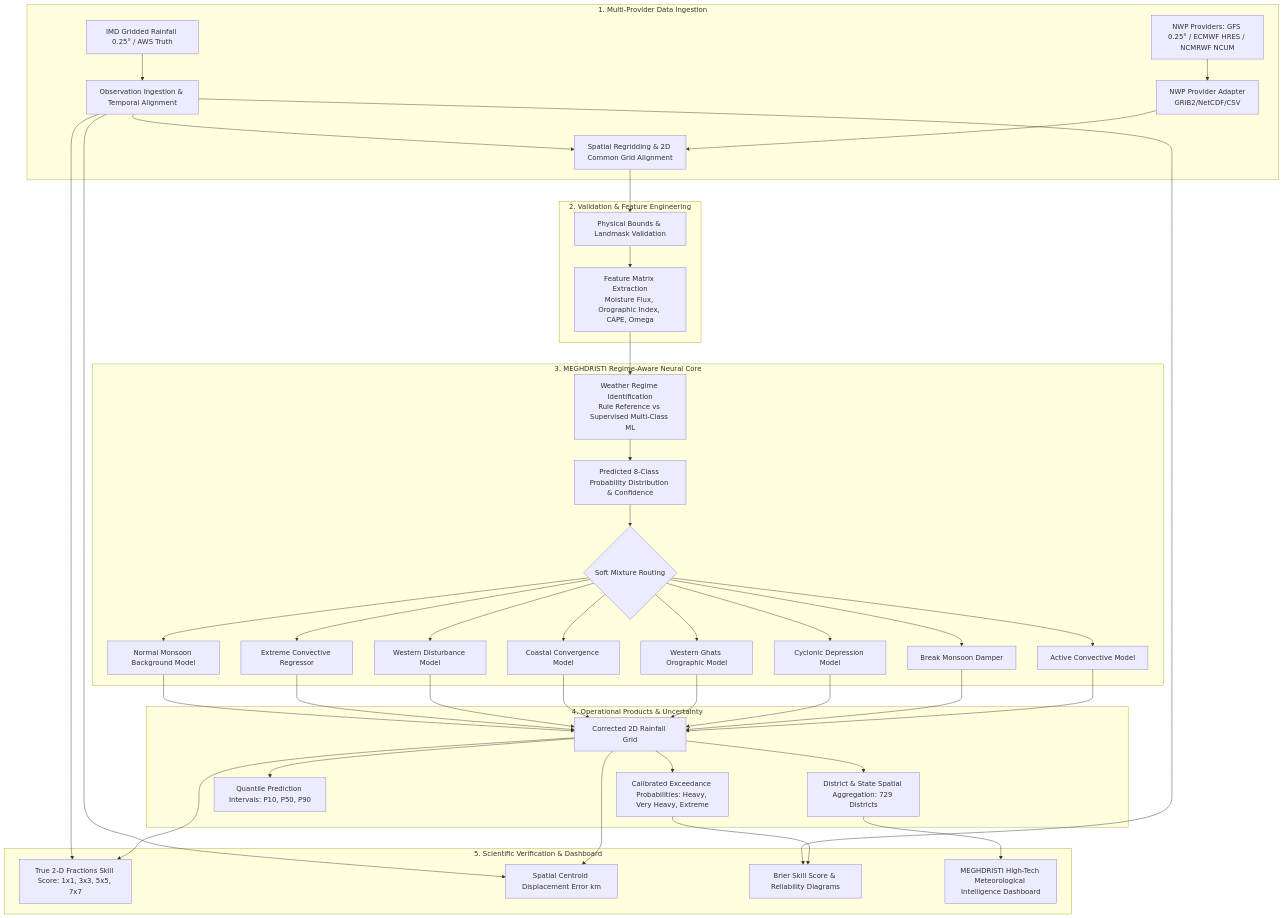
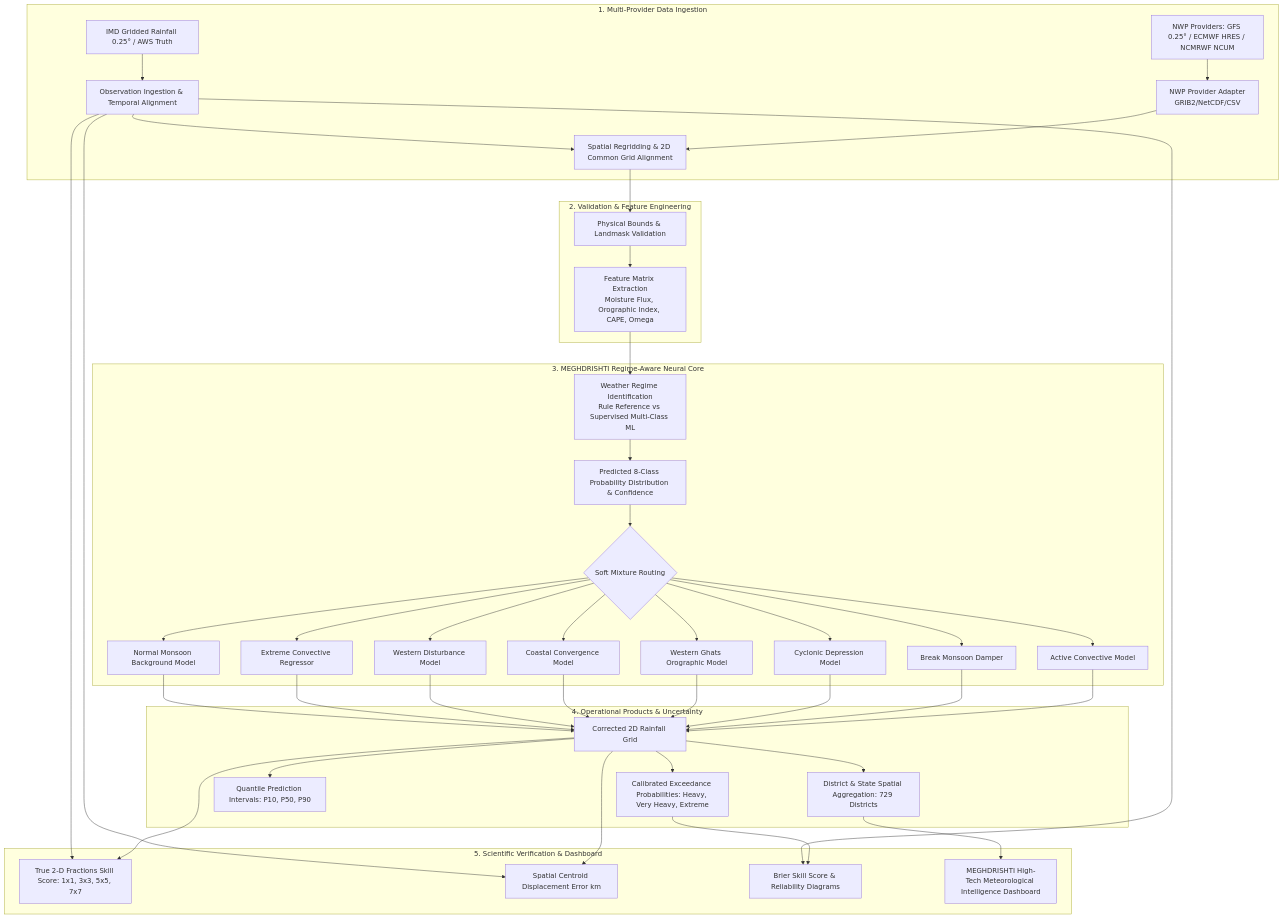
The diagram in README.md (codezavengers/monsoon-ai), drawn with Mermaid before and after one commit. The commit also changed other lines of this file and 17 other files, not shown here.

````diff
--- a/README.md
+++ b/README.md
@@ -33,41 +33,41 @@
 ```mermaid
 flowchart TD
     subgraph Data_Pipeline [1. Multi-Provider Data Ingestion]
         N1[NWP Providers: GFS 0.25° / ECMWF HRES / NCMRWF NCUM] --> A1[NWP Provider Adapter<br/>GRIB2/NetCDF/CSV]
         O1[IMD Gridded Rainfall 0.25° / AWS Truth] --> A2[Observation Ingestion & Temporal Alignment]
         A1 & A2 --> A3[Spatial Regridding & 2D Common Grid Alignment]
     end
 
     subgraph Preprocessing [2. Validation & Feature Engineering]
         A3 --> B1[Physical Bounds & Landmask Validation]
         B1 --> B2[Feature Matrix Extraction<br/>Moisture Flux, Orographic Index, CAPE, Omega]
     end
 
-    subgraph Regime_AI [3. MEGHDRISTI Regime-Aware Neural Core]
+    subgraph Regime_AI [3. MEGHDRISHTI Regime-Aware Neural Core]
         B2 --> C1[Weather Regime Identification<br/>Rule Reference vs Supervised Multi-Class ML]
         C1 --> C2[Predicted 8-Class Probability Distribution & Confidence]
         C2 --> D1{Soft Mixture Routing}
         D1 --> M1[Active Convective Model]
         D1 --> M2[Break Monsoon Damper]
         D1 --> M3[Cyclonic Depression Model]
         D1 --> M4[Western Ghats Orographic Model]
         D1 --> M5[Coastal Convergence Model]
         D1 --> M6[Western Disturbance Model]
         D1 --> M7[Extreme Convective Regressor]
         D1 --> M8[Normal Monsoon Background Model]
     end
 
     subgraph Products [4. Operational Products & Uncertainty]
         M1 & M2 & M3 & M4 & M5 & M6 & M7 & M8 --> E1[Corrected 2D Rainfall Grid]
         E1 --> E2[Calibrated Exceedance Probabilities: Heavy, Very Heavy, Extreme]
         E1 --> E3[Quantile Prediction Intervals: P10, P50, P90]
         E1 --> E4[District & State Spatial Aggregation: 729 Districts]
     end
 
     subgraph Verification [5. Scientific Verification & Dashboard]
         E1 & A2 --> V1[True 2-D Fractions Skill Score: 1x1, 3x3, 5x5, 7x7]
         E1 & A2 --> V2[Spatial Centroid Displacement Error km]
         E2 & A2 --> V3[Brier Skill Score & Reliability Diagrams]
-        E4 --> V4[MEGHDRISTI High-Tech Meteorological Intelligence Dashboard]
+        E4 --> V4[MEGHDRISHTI High-Tech Meteorological Intelligence Dashboard]
     end
 ```
````
